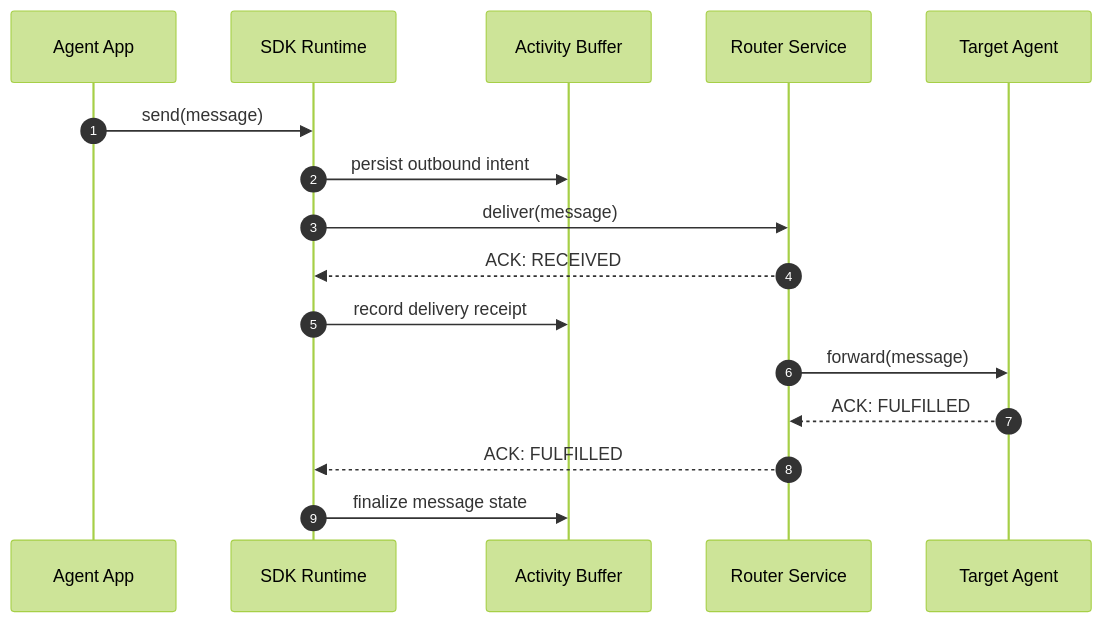
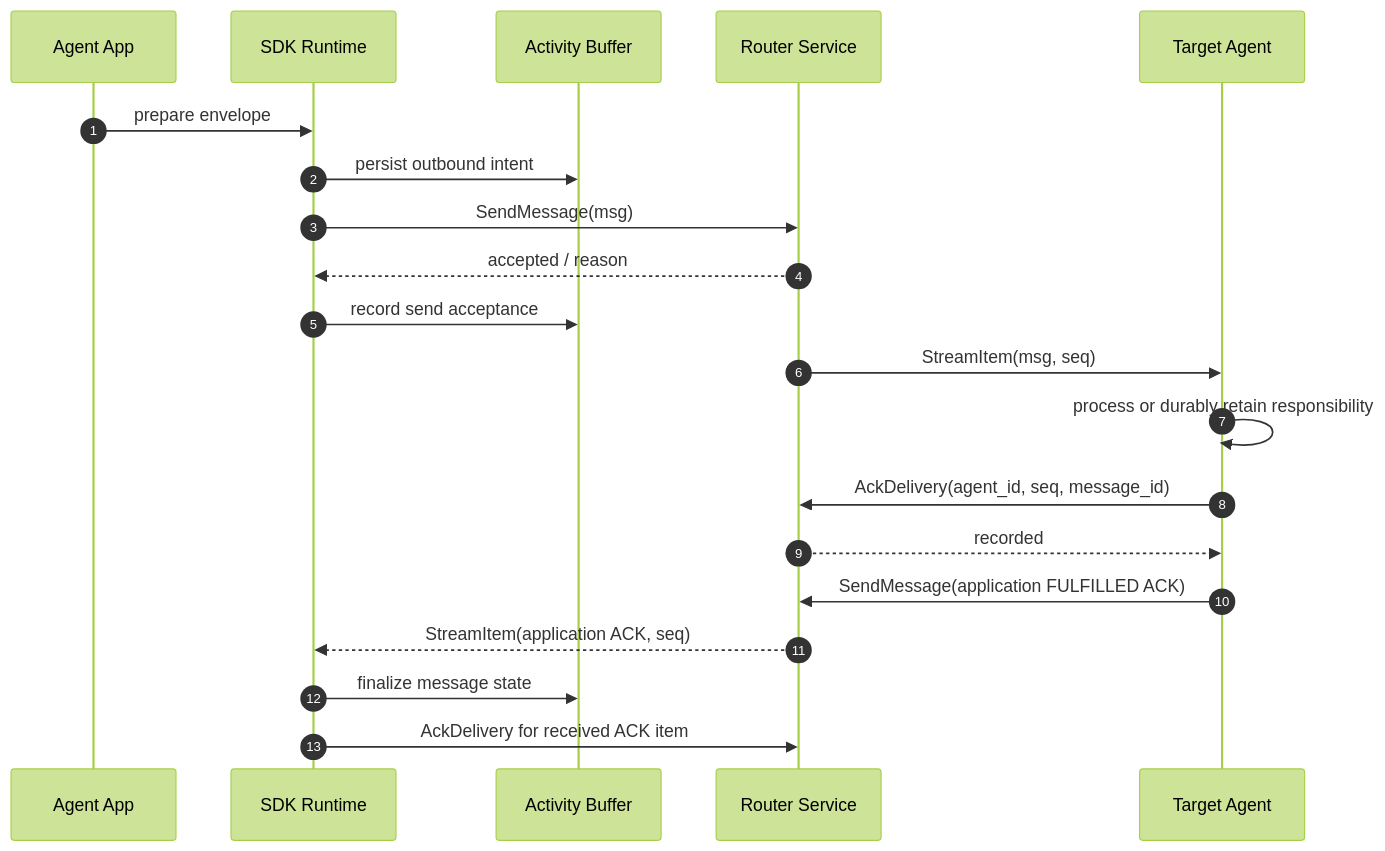
Before and after one commit to rahulrajaram/sw4rm: the third of 4 diagrams in documentation/architecture/index.md, drawn with Mermaid (forest theme). The commit also changed other lines of this file and 59 other files, not shown here.

````diff
--- a/documentation/architecture/index.md
+++ b/documentation/architecture/index.md
@@ -118,19 +118,23 @@
 ```mermaid
 sequenceDiagram
     autonumber
     participant APP as Agent App
     participant SDK as SDK Runtime
     participant AB as Activity Buffer
     participant RTR as Router Service
     participant TGT as Target Agent
 
-    APP->>SDK: send(message)
+    APP->>SDK: prepare envelope
     SDK->>AB: persist outbound intent
-    SDK->>RTR: deliver(message)
-    RTR-->>SDK: ACK: RECEIVED
-    SDK->>AB: record delivery receipt
-    RTR->>TGT: forward(message)
-    TGT-->>RTR: ACK: FULFILLED
-    RTR-->>SDK: ACK: FULFILLED
+    SDK->>RTR: SendMessage(msg)
+    RTR-->>SDK: accepted / reason
+    SDK->>AB: record send acceptance
+    RTR->>TGT: StreamItem(msg, seq)
+    TGT->>TGT: process or durably retain responsibility
+    TGT->>RTR: AckDelivery(agent_id, seq, message_id)
+    RTR-->>TGT: recorded
+    TGT->>RTR: SendMessage(application FULFILLED ACK)
+    RTR-->>SDK: StreamItem(application ACK, seq)
     SDK->>AB: finalize message state
+    SDK->>RTR: AckDelivery for received ACK item
 ```
````
